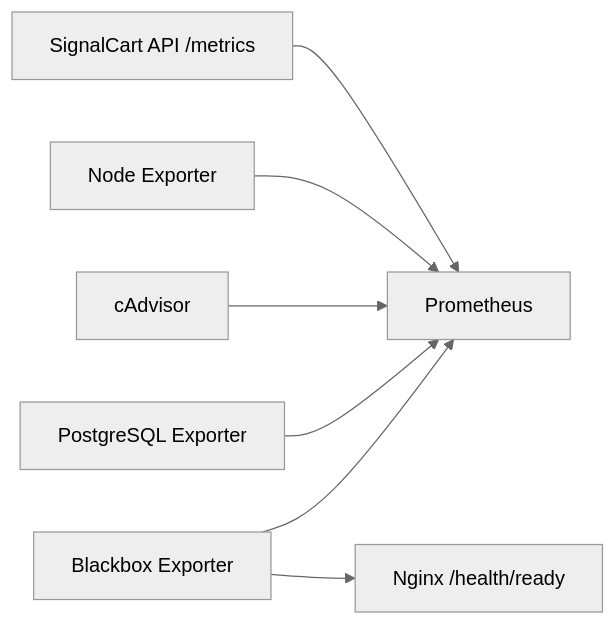
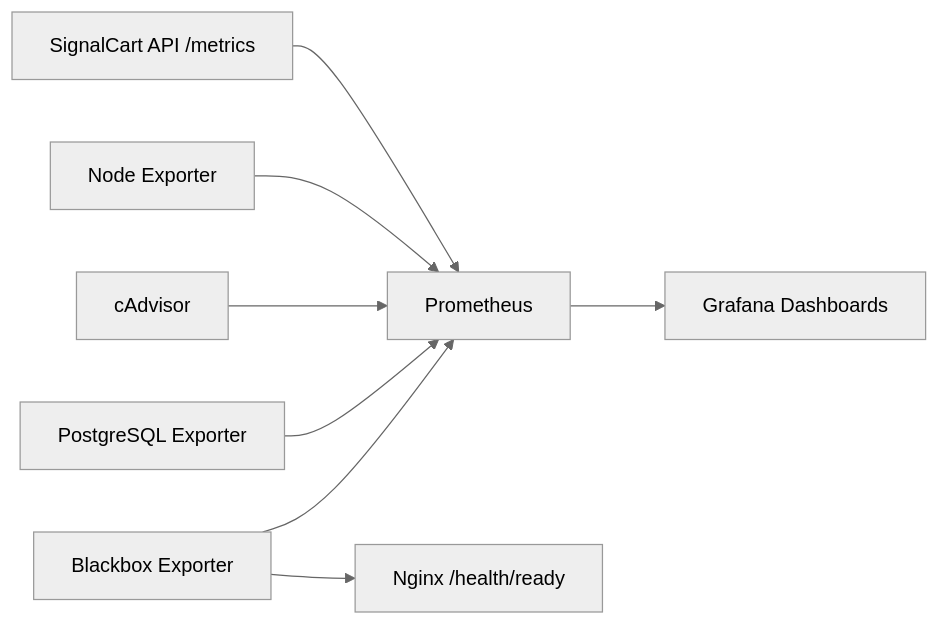
One commit to angelsediez/signalcart-observability-lab changed the second of 2 diagrams in docs/architecture.md. Above: the diagram before and after it, drawn with Mermaid (neutral theme). The commit also changed other lines of this file and 43 other files, not shown here.

Commit message:
feat: add Grafana dashboards provisioning

````diff
--- a/docs/architecture.md
+++ b/docs/architecture.md
@@ -144,9 +20,10 @@
 ```mermaid
 flowchart LR
     API[SignalCart API /metrics] --> Prometheus[Prometheus]
     Node[Node Exporter] --> Prometheus
     Cadvisor[cAdvisor] --> Prometheus
     PG[PostgreSQL Exporter] --> Prometheus
     Blackbox[Blackbox Exporter] --> Prometheus
     Blackbox --> Nginx[Nginx /health/ready]
+    Prometheus --> Grafana[Grafana Dashboards]
 ```
````
